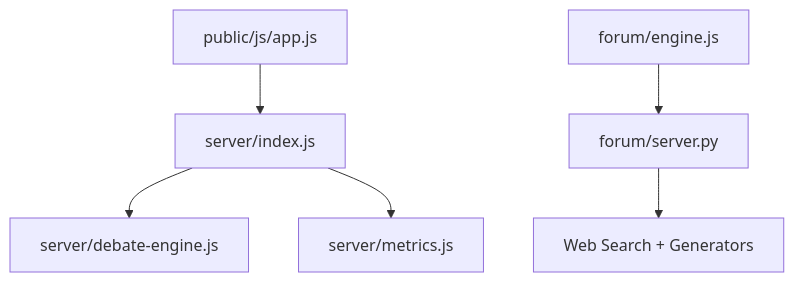
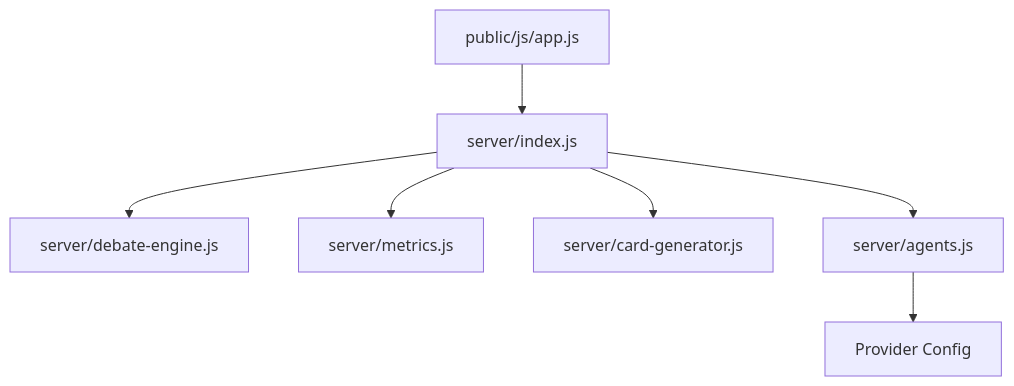
One commit to RunTimeAdmin/tri-ai changed the ninth of 11 diagrams in .qoder/repowiki/en/content/System Architecture/System Architecture.md. Above: the diagram before and after it, drawn with Mermaid. The commit also changed other lines of this file and 21 other files, not shown here.

````diff
--- a/.qoder/repowiki/en/content/System Architecture/System Architecture.md
+++ b/.qoder/repowiki/en/content/System Architecture/System Architecture.md
@@ -306,8 +351,9 @@
 ```mermaid
 graph TB
 Express["server/index.js"] --> Debate["server/debate-engine.js"]
 Express --> Metrics["server/metrics.js"]
+Express --> Card["server/card-generator.js"]
+Express --> Agents["server/agents.js"]
 Frontend["public/js/app.js"] --> Express
-ForumUI["forum/engine.js"] --> ForumAPI["forum/server.py"]
-ForumAPI --> Research["Web Search + Generators"]
+Agents --> Providers["Provider Config"]
 ```
````
